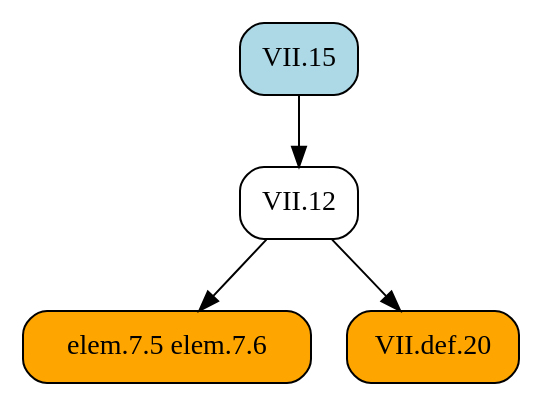
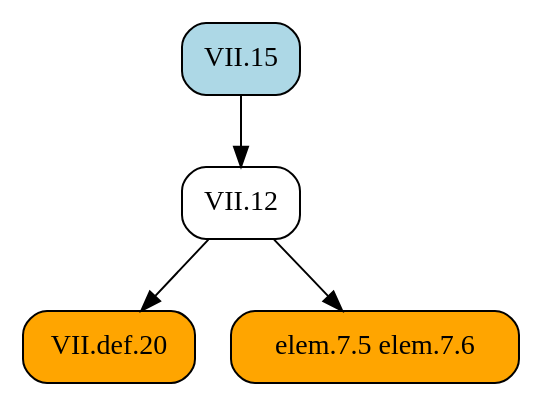
Before and after one commit to geometor/elements: the diagram in docsrc/heath/VII/15/index.rst, drawn with Graphviz. The commit also changed other lines of this file and 484 other files, not shown here.

```diff
--- a/docsrc/heath/VII/15/index.rst
+++ b/docsrc/heath/VII/15/index.rst
@@ -40,13 +40,13 @@
 .. graphviz::
 
    digraph {
      rankdir="TB";
      node [shape=box, style=rounded];
+     "VII.12" [URL="/heath/VII/12/", target="_top"];
+     "VII.def.20" [style="rounded,filled", fillcolor=orange, URL="/heath/VII/def.20/", target="_top"];
      "elem.7.5 elem.7.6" [style="rounded,filled", fillcolor=orange];
      "VII.15" [style="rounded,filled", fillcolor=lightblue, URL="/heath/VII/15/", target="_top"];
-     "VII.def.20" [style="rounded,filled", fillcolor=orange, URL="/heath/VII/def.20/", target="_top"];
-     "VII.12" [URL="/heath/VII/12/", target="_top"];
+     "VII.15" -> "VII.12";
+     "VII.12" -> "VII.def.20";
      "VII.12" -> "elem.7.5 elem.7.6";
-     "VII.12" -> "VII.def.20";
-     "VII.15" -> "VII.12";
    }
```
